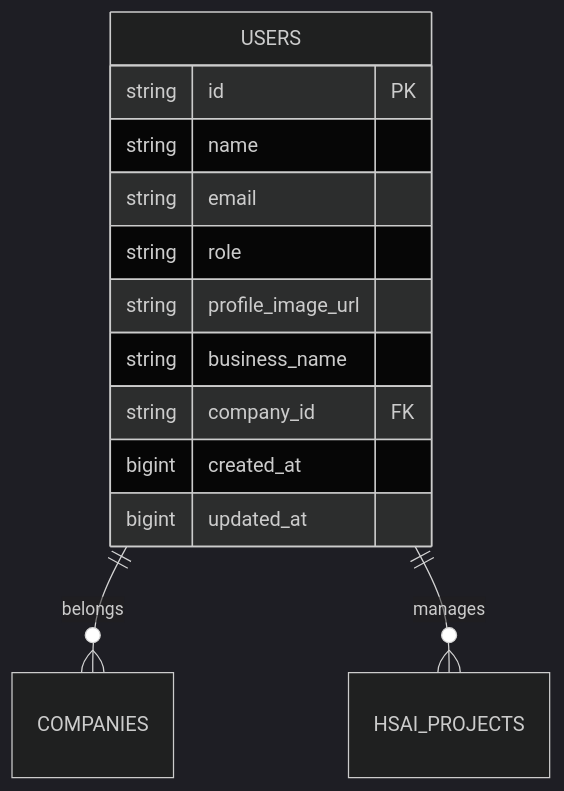
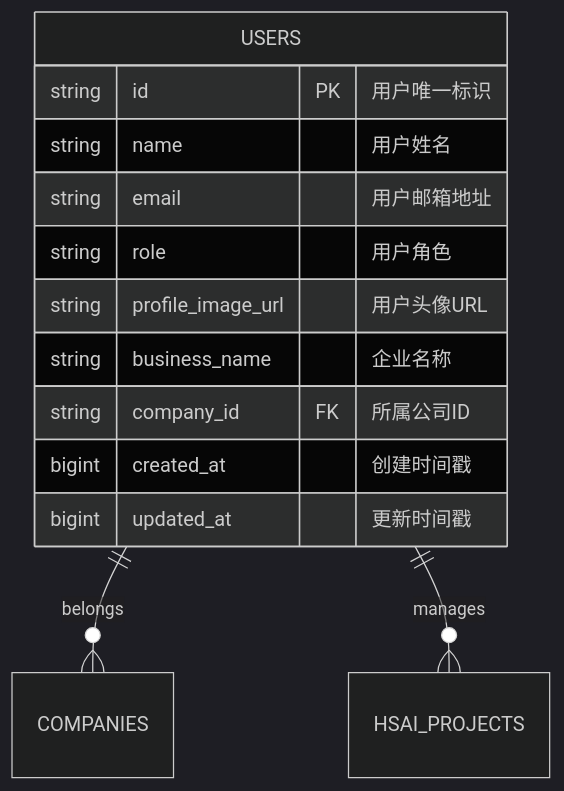
One commit to Cokefish9527/open-webui changed the third of 13 diagrams in docs/96-基于任务的对话管理系统优化方案.md. Above: the diagram before and after it, drawn with Mermaid (dark theme). The commit also changed other lines of this file, not shown here.

First line of the commit message:
docs(database): 补充实体关系图表字段说明

````diff
--- a/docs/96-基于任务的对话管理系统优化方案.md
+++ b/docs/96-基于任务的对话管理系统优化方案.md
@@ -85,16 +85,16 @@
 ```mermaid
 erDiagram
     USERS ||--o{ COMPANIES : belongs
     USERS ||--o{ HSAI_PROJECTS : manages
     USERS {
-        string id PK
-        string name
-        string email
-        string role
-        string profile_image_url
-        string business_name
-        string company_id FK
-        bigint created_at
-        bigint updated_at
+        string id PK "用户唯一标识"
+        string name "用户姓名"
+        string email "用户邮箱地址"
+        string role "用户角色"
+        string profile_image_url "用户头像URL"
+        string business_name "企业名称"
+        string company_id FK "所属公司ID"
+        bigint created_at "创建时间戳"
+        bigint updated_at "更新时间戳"
     }
 ```
````
